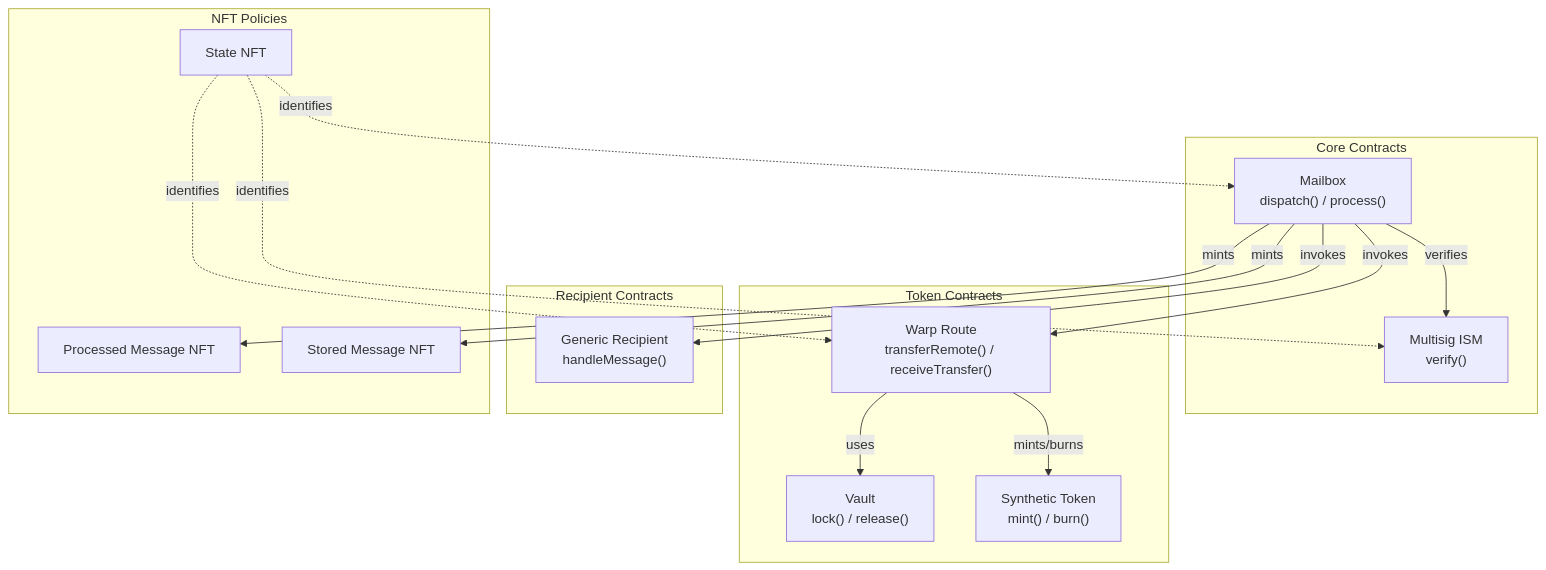
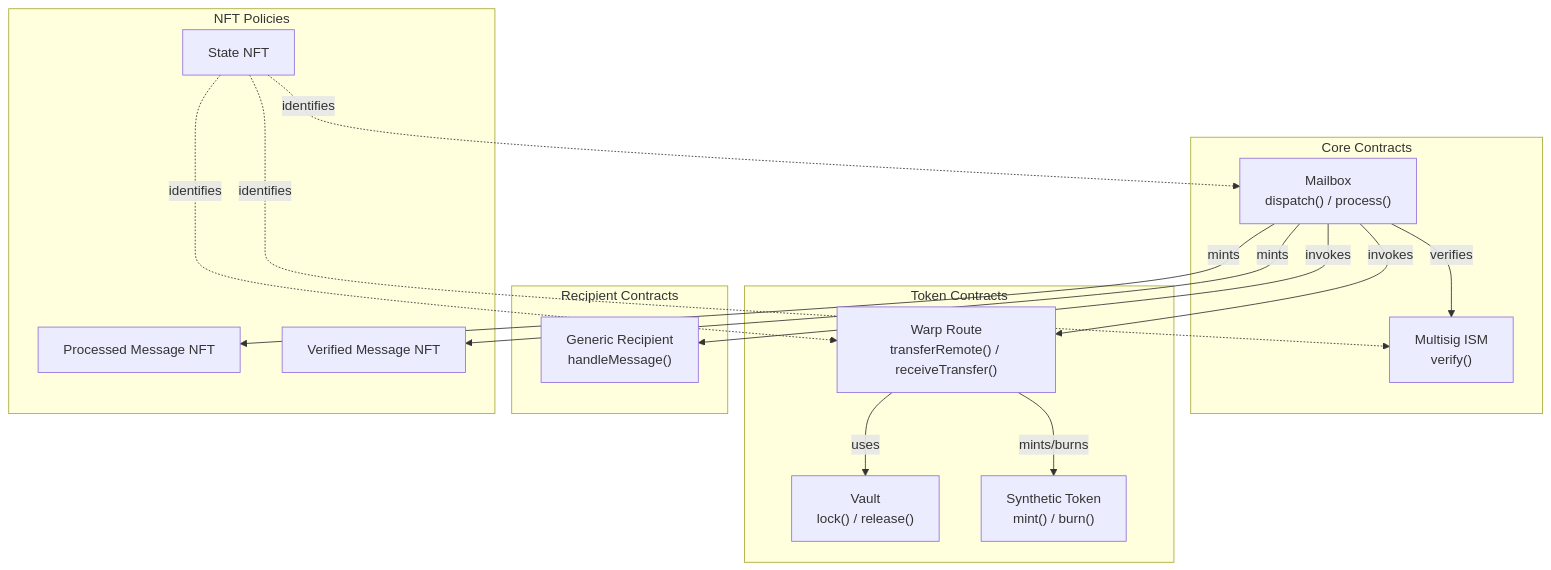
Before and after one commit to eigerco/hyperlane-monorepo: diagram 13 of 15 in cardano/docs/DESIGN.md, drawn with Mermaid. The commit also changed other lines of this file and 4 other files, not shown here.

First line of the commit message:
docs(cardano): update docs for simplified architecture

````diff
--- a/cardano/docs/DESIGN.md
+++ b/cardano/docs/DESIGN.md
@@ -523,37 +613,37 @@
 ```mermaid
 flowchart TB
     subgraph Core["Core Contracts"]
         MB["Mailbox<br/>dispatch() / process()"]
         ISM["Multisig ISM<br/>verify()"]
     end
 
     subgraph Tokens["Token Contracts"]
         WR["Warp Route<br/>transferRemote() / receiveTransfer()"]
         VAULT["Vault<br/>lock() / release()"]
         SYNTH["Synthetic Token<br/>mint() / burn()"]
     end
 
     subgraph Recipients["Recipient Contracts"]
         GEN["Generic Recipient<br/>handleMessage()"]
     end
 
     subgraph NFTs["NFT Policies"]
         STATE["State NFT"]
         PROC["Processed Message NFT"]
-        STORED["Stored Message NFT"]
+        VERIFIED["Verified Message NFT"]
     end
 
     MB -->|"verifies"| ISM
     MB -->|"invokes"| GEN
     MB -->|"invokes"| WR
 
     WR -->|"uses"| VAULT
     WR -->|"mints/burns"| SYNTH
 
     MB -->|"mints"| PROC
-    MB -->|"mints"| STORED
+    MB -->|"mints"| VERIFIED
 
     STATE -.->|"identifies"| MB
     STATE -.->|"identifies"| ISM
     STATE -.->|"identifies"| WR
 ```
````
